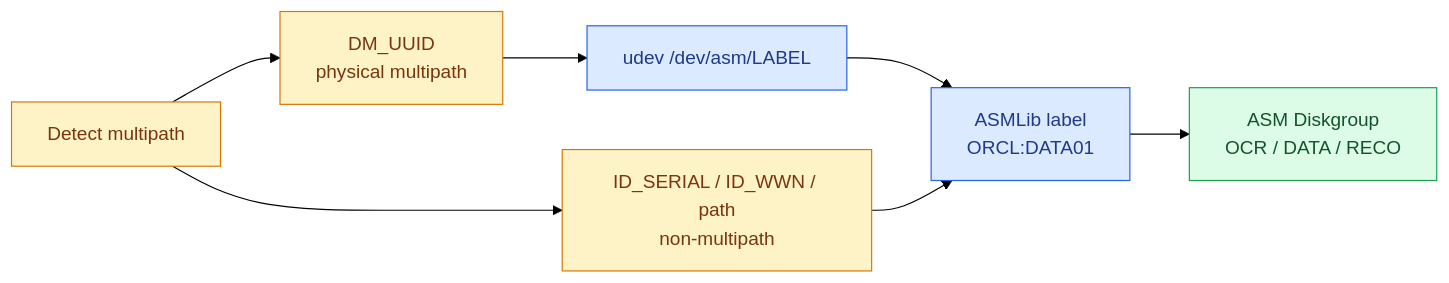
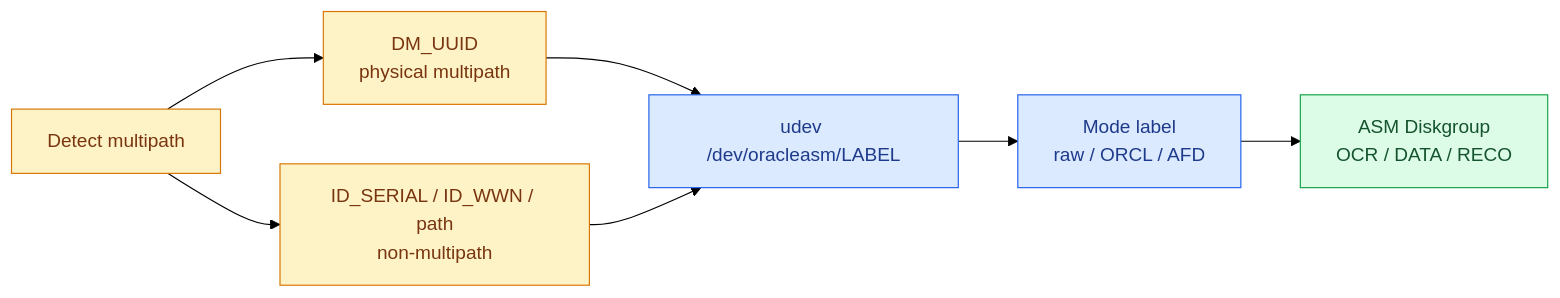
One commit to bozpain/oracle-install-replication-framework changed the third of 4 diagrams in docs/deployment_guide.md. Above: the diagram before and after it, drawn with Mermaid (forest theme). The commit also changed other lines of this file and 7 other files, not shown here.

````diff
--- a/docs/deployment_guide.md
+++ b/docs/deployment_guide.md
@@ -270,19 +270,19 @@
 ```mermaid
 flowchart LR
     detect["Detect multipath"]
     uuid["DM_UUID<br/>physical multipath"]
     byid["ID_SERIAL / ID_WWN / path<br/>non-multipath"]
-    udev["udev /dev/asm/LABEL"]
-    label["ASMLib label<br/>ORCL:DATA01"]
+    udev["udev /dev/oracleasm/LABEL"]
+    label["Mode label<br/>raw / ORCL / AFD"]
     dg["ASM Diskgroup<br/>OCR / DATA / RECO"]
 
     detect --> uuid --> udev --> label --> dg
-    detect --> byid --> label
+    detect --> byid --> udev
 
     classDef amber fill:#FEF3C7,stroke:#D97706,color:#78350F
     classDef blue fill:#DBEAFE,stroke:#2563EB,color:#1E3A8A
     classDef green fill:#DCFCE7,stroke:#16A34A,color:#14532D
     class detect,uuid,byid amber
     class udev,label blue
     class dg green
 ```
````
